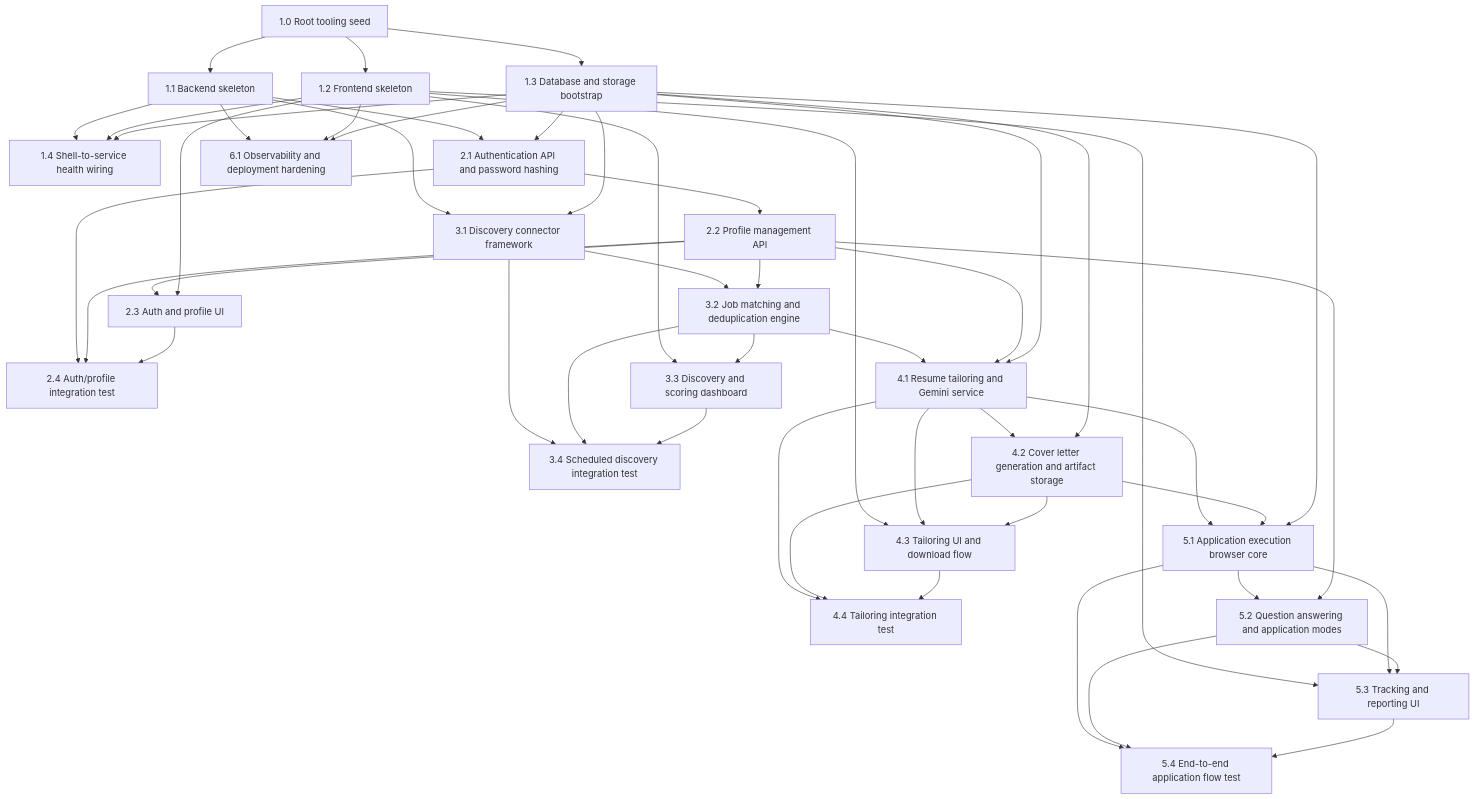
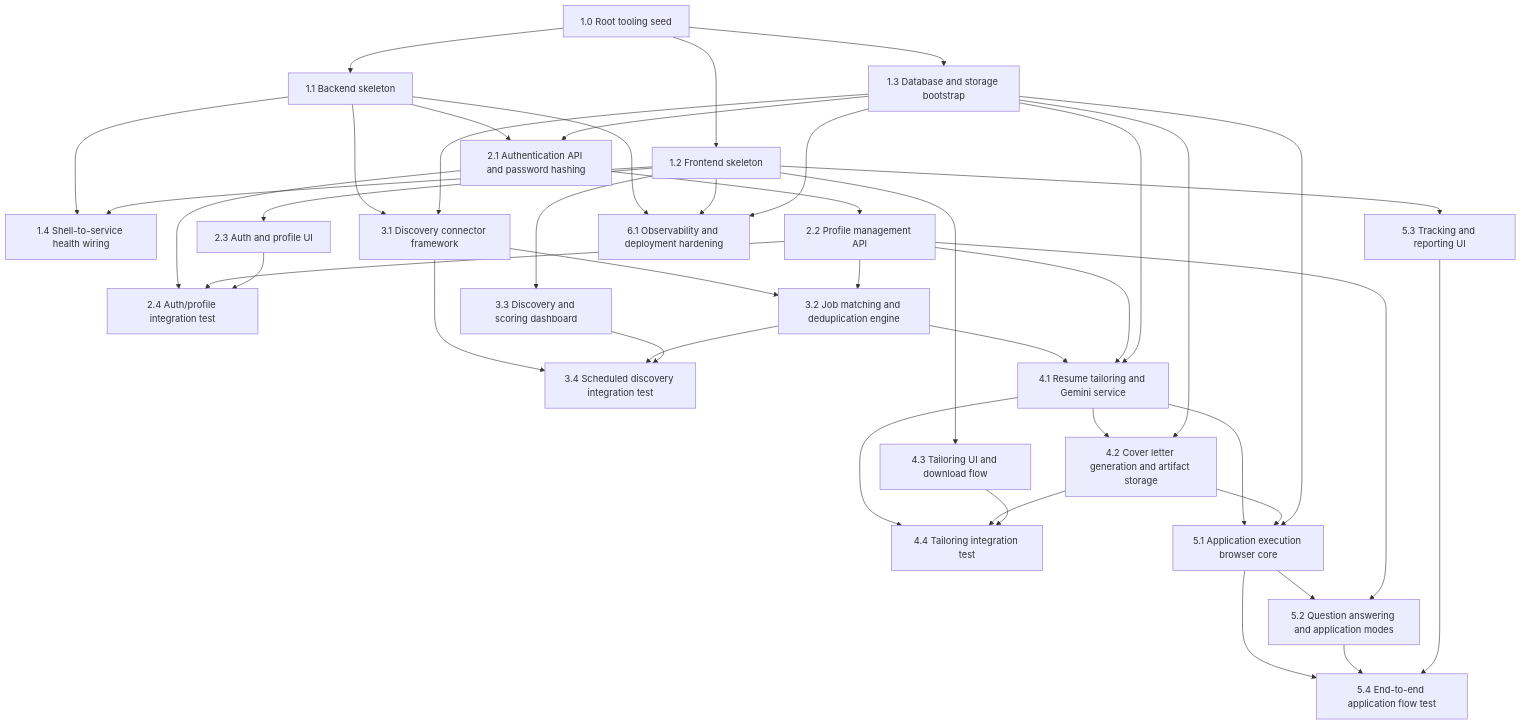
One commit to XelWorks/JobGraph changed the diagram in docs/plans/implementation-plan.md. Above: the diagram before and after it, drawn with Mermaid. The commit also changed other lines of this file and 23 other files, not shown here.

````diff
--- a/docs/plans/implementation-plan.md
+++ b/docs/plans/implementation-plan.md
@@ -10,74 +10,67 @@
 ```mermaid
 graph TD
   S10[1.0 Root tooling seed]
   S11[1.1 Backend skeleton]
   S12[1.2 Frontend skeleton]
   S13[1.3 Database and storage bootstrap]
   S14[1.4 Shell-to-service health wiring]
   S21[2.1 Authentication API and password hashing]
   S22[2.2 Profile management API]
   S23[2.3 Auth and profile UI]
   S24[2.4 Auth/profile integration test]
   S31[3.1 Discovery connector framework]
   S32[3.2 Job matching and deduplication engine]
   S33[3.3 Discovery and scoring dashboard]
   S34[3.4 Scheduled discovery integration test]
   S41[4.1 Resume tailoring and Gemini service]
   S42[4.2 Cover letter generation and artifact storage]
   S43[4.3 Tailoring UI and download flow]
   S44[4.4 Tailoring integration test]
   S51[5.1 Application execution browser core]
   S52[5.2 Question answering and application modes]
   S53[5.3 Tracking and reporting UI]
   S54[5.4 End-to-end application flow test]
   S61[6.1 Observability and deployment hardening]
 
   S10 --> S11
   S10 --> S12
   S10 --> S13
   S11 --> S14
   S12 --> S14
-  S13 --> S14
   S11 --> S21
   S13 --> S21
+  S12 --> S23
   S21 --> S22
-  S22 --> S23
-  S12 --> S23
+  S11 --> S31
+  S13 --> S31
   S21 --> S24
   S22 --> S24
   S23 --> S24
-  S11 --> S31
-  S13 --> S31
+  S12 --> S33
   S31 --> S32
   S22 --> S32
-  S12 --> S33
-  S32 --> S33
+  S12 --> S43
   S31 --> S34
   S32 --> S34
   S33 --> S34
   S32 --> S41
   S22 --> S41
   S13 --> S41
   S41 --> S42
   S13 --> S42
-  S12 --> S43
-  S41 --> S43
-  S42 --> S43
+  S12 --> S53
   S41 --> S44
   S42 --> S44
   S43 --> S44
   S41 --> S51
   S42 --> S51
   S13 --> S51
   S51 --> S52
   S22 --> S52
-  S12 --> S53
-  S51 --> S53
-  S52 --> S53
+  S11 --> S61
+  S12 --> S61
+  S13 --> S61
   S51 --> S54
   S52 --> S54
   S53 --> S54
-  S11 --> S61
-  S12 --> S61
-  S13 --> S61
 ```
````
